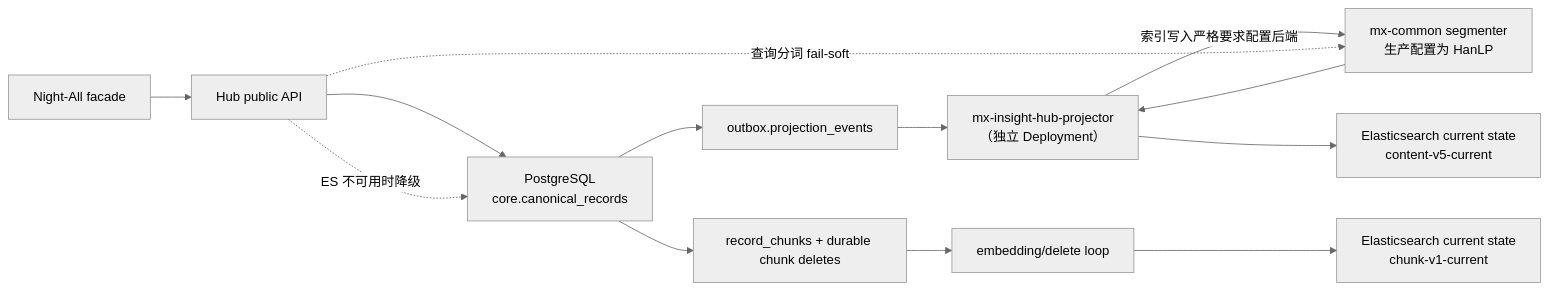
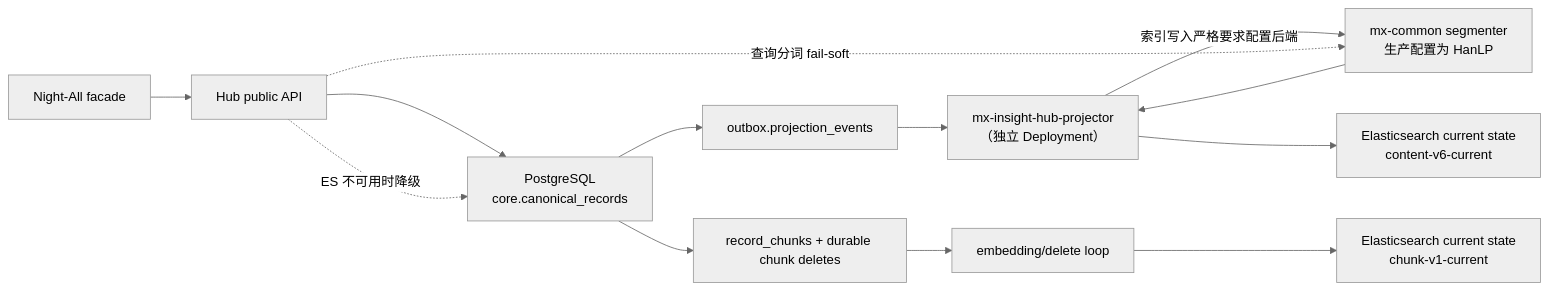
Before and after one commit to qpjoy/de-llaaddddeerr: the diagram in electron-dock/mx-insight-hub/docs/architecture/shared-data-plane-and-search.md, drawn with Mermaid (neutral theme). The commit also changed other lines of this file and 50 other files, not shown here.

````diff
--- a/electron-dock/mx-insight-hub/docs/architecture/shared-data-plane-and-search.md
+++ b/electron-dock/mx-insight-hub/docs/architecture/shared-data-plane-and-search.md
@@ -11,15 +11,15 @@
 ```mermaid
 flowchart LR
   NA["Night-All facade"] --> API["Hub public API"]
   API --> PG["PostgreSQL\ncore.canonical_records"]
   PG --> OB["outbox.projection_events"]
   OB --> PJ["mx-insight-hub-projector\n（独立 Deployment）"]
   PJ -->|"索引写入严格要求配置后端"| SEG["mx-common segmenter\n生产配置为 HanLP"]
   SEG --> PJ
-  PJ --> ES1["Elasticsearch current state\ncontent-v5-current"]
+  PJ --> ES1["Elasticsearch current state\ncontent-v6-current"]
   PG --> CH["record_chunks + durable chunk deletes"]
   CH --> EP["embedding/delete loop"]
   EP --> ES2["Elasticsearch current state\nchunk-v1-current"]
   API -. "查询分词 fail-soft" .-> SEG
   API -. "ES 不可用时降级" .-> PG
 ```
````
